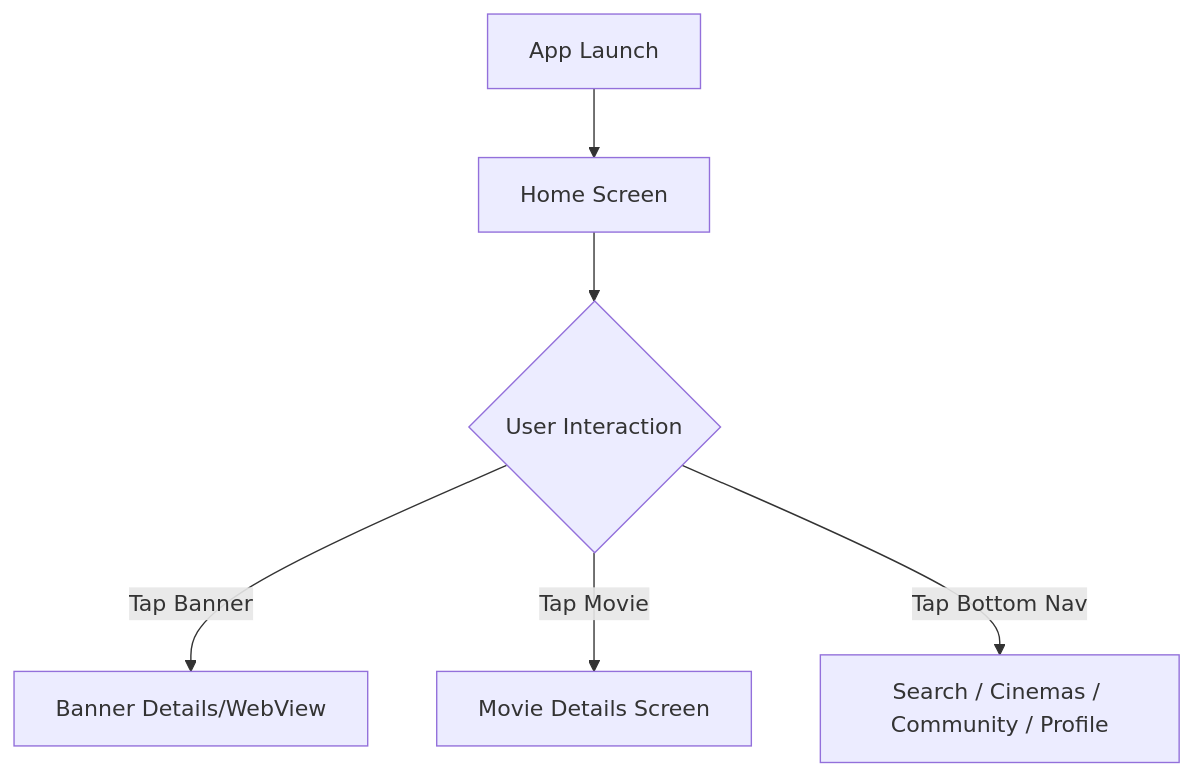
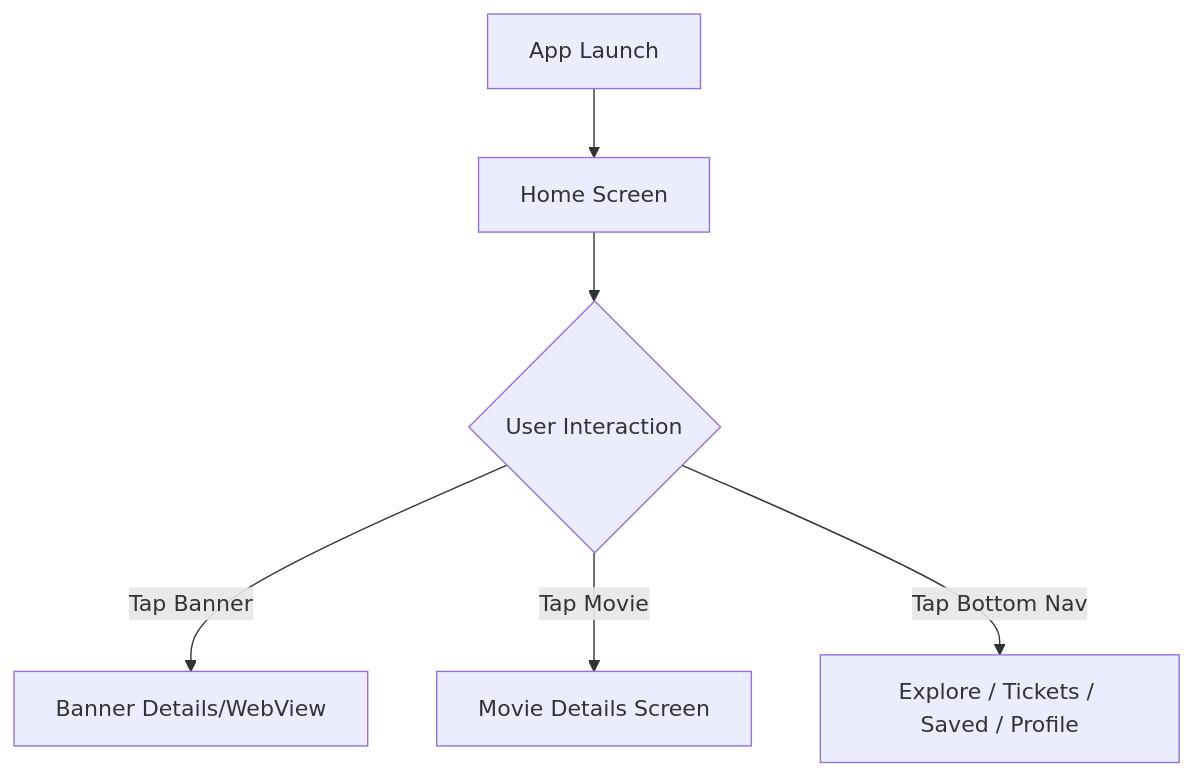
One commit to Sotatek-BaoNguyen4/adf-demo changed the diagram in docs/project-fsd.md. Above: the diagram before and after it, drawn with Mermaid. The commit also changed other lines of this file and 1 other file, not shown here.

First line of the commit message:
docs(fsd,catalog): reconcile nav + populate component catalog

````diff
--- a/docs/project-fsd.md
+++ b/docs/project-fsd.md
@@ -70,8 +71,8 @@
 ```mermaid
 flowchart TD
     A[App Launch] --> B[Home Screen]
     B --> C{User Interaction}
     C -->|Tap Banner| D[Banner Details/WebView]
     C -->|Tap Movie| E[Movie Details Screen]
-    C -->|Tap Bottom Nav| F[Search / Cinemas / Community / Profile]
+    C -->|Tap Bottom Nav| F[Explore / Tickets / Saved / Profile]
 ```
````
